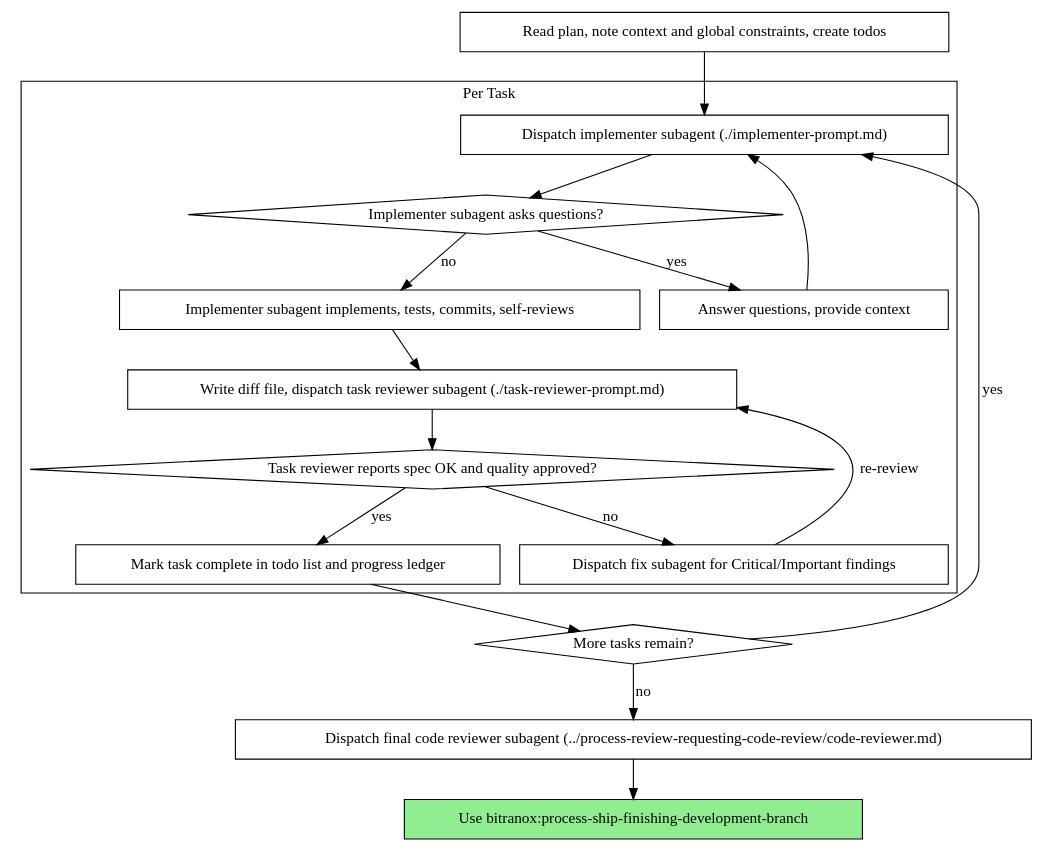
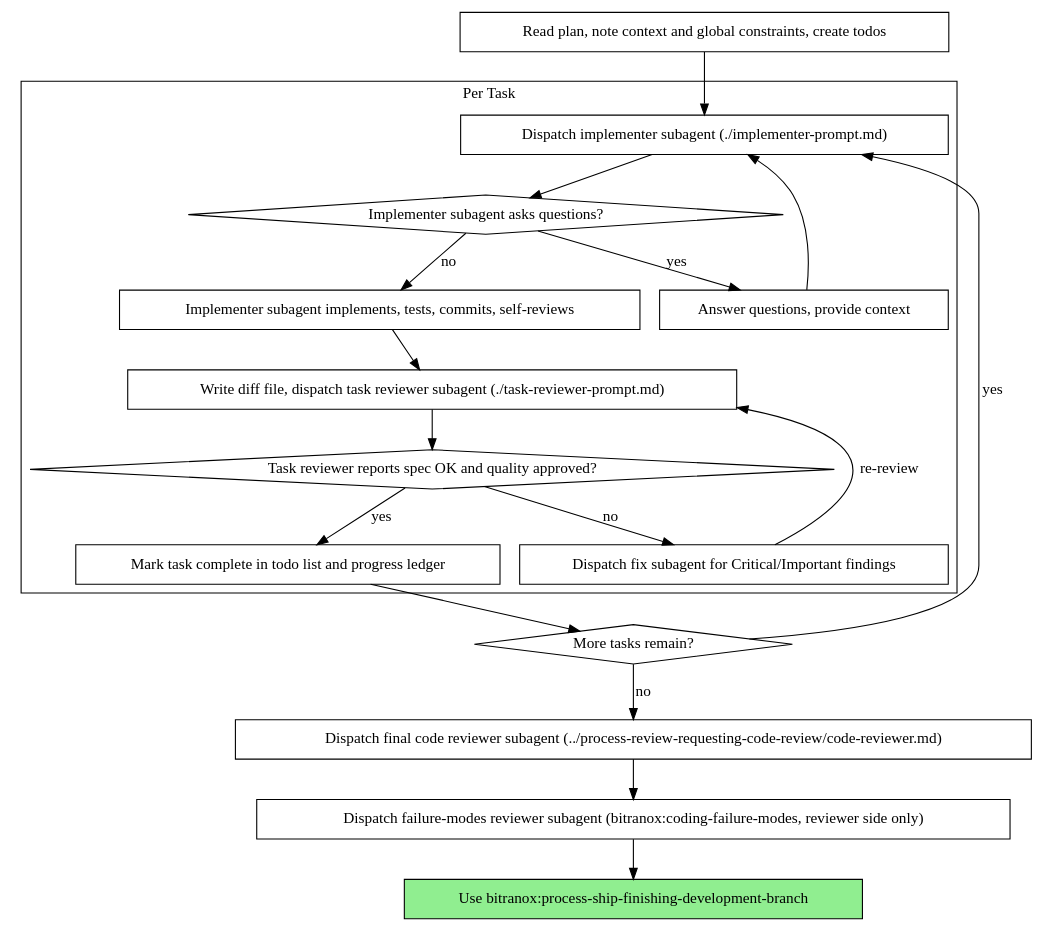
The second of 2 diagrams in plugins/bitranox/skills/process-agents-subagent-driven-development/SKILL.md (bitranox/bitranox-skills), drawn with Graphviz before and after one commit. The commit also changed other lines of this file and 8 other files, not shown here.

First line of the commit message:
Plan executor ends every run with a failure-modes review of the whole branch (11.28.0)

````diff
--- a/plugins/bitranox/skills/process-agents-subagent-driven-development/SKILL.md
+++ b/plugins/bitranox/skills/process-agents-subagent-driven-development/SKILL.md
@@ -90,37 +98,39 @@
 ```dot
 digraph process {
     rankdir=TB;
 
     subgraph cluster_per_task {
         label="Per Task";
         "Dispatch implementer subagent (./implementer-prompt.md)" [shape=box];
         "Implementer subagent asks questions?" [shape=diamond];
         "Answer questions, provide context" [shape=box];
         "Implementer subagent implements, tests, commits, self-reviews" [shape=box];
         "Write diff file, dispatch task reviewer subagent (./task-reviewer-prompt.md)" [shape=box];
         "Task reviewer reports spec OK and quality approved?" [shape=diamond];
         "Dispatch fix subagent for Critical/Important findings" [shape=box];
         "Mark task complete in todo list and progress ledger" [shape=box];
     }
 
     "Read plan, note context and global constraints, create todos" [shape=box];
     "More tasks remain?" [shape=diamond];
     "Dispatch final code reviewer subagent (../process-review-requesting-code-review/code-reviewer.md)" [shape=box];
+    "Dispatch failure-modes reviewer subagent (bitranox:coding-failure-modes, reviewer side only)" [shape=box];
     "Use bitranox:process-ship-finishing-development-branch" [shape=box style=filled fillcolor=lightgreen];
 
     "Read plan, note context and global constraints, create todos" -> "Dispatch implementer subagent (./implementer-prompt.md)";
     "Dispatch implementer subagent (./implementer-prompt.md)" -> "Implementer subagent asks questions?";
     "Implementer subagent asks questions?" -> "Answer questions, provide context" [label="yes"];
     "Answer questions, provide context" -> "Dispatch implementer subagent (./implementer-prompt.md)";
     "Implementer subagent asks questions?" -> "Implementer subagent implements, tests, commits, self-reviews" [label="no"];
     "Implementer subagent implements, tests, commits, self-reviews" -> "Write diff file, dispatch task reviewer subagent (./task-reviewer-prompt.md)";
     "Write diff file, dispatch task reviewer subagent (./task-reviewer-prompt.md)" -> "Task reviewer reports spec OK and quality approved?";
     "Task reviewer reports spec OK and quality approved?" -> "Dispatch fix subagent for Critical/Important findings" [label="no"];
     "Dispatch fix subagent for Critical/Important findings" -> "Write diff file, dispatch task reviewer subagent (./task-reviewer-prompt.md)" [label="re-review"];
     "Task reviewer reports spec OK and quality approved?" -> "Mark task complete in todo list and progress ledger" [label="yes"];
     "Mark task complete in todo list and progress ledger" -> "More tasks remain?";
     "More tasks remain?" -> "Dispatch implementer subagent (./implementer-prompt.md)" [label="yes"];
     "More tasks remain?" -> "Dispatch final code reviewer subagent (../process-review-requesting-code-review/code-reviewer.md)" [label="no"];
-    "Dispatch final code reviewer subagent (../process-review-requesting-code-review/code-reviewer.md)" -> "Use bitranox:process-ship-finishing-development-branch";
+    "Dispatch final code reviewer subagent (../process-review-requesting-code-review/code-reviewer.md)" -> "Dispatch failure-modes reviewer subagent (bitranox:coding-failure-modes, reviewer side only)";
+    "Dispatch failure-modes reviewer subagent (bitranox:coding-failure-modes, reviewer side only)" -> "Use bitranox:process-ship-finishing-development-branch";
 }
 ```
````
